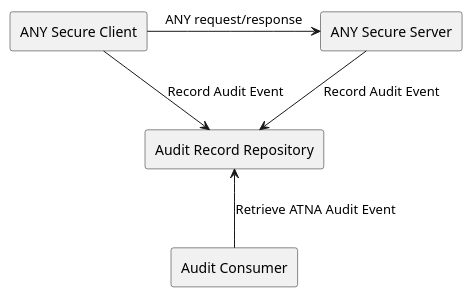
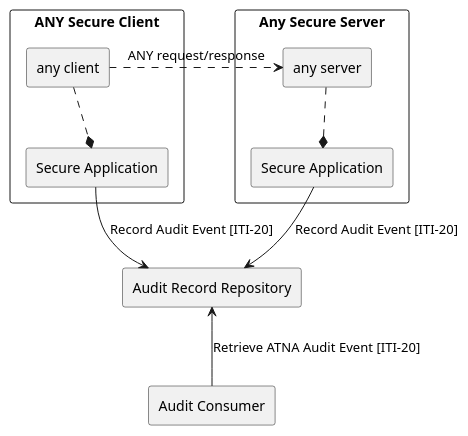
One commit to IHE/ITI.BasicAudit changed the diagram in input/images-source/ActorsAndTransactions.plantuml. Above: the diagram before and after it, drawn with PlantUML. The commit also changed 1 other file, not shown here.

Commit message:
fix actor and ATNA reference

```diff
--- a/input/images-source/ActorsAndTransactions.plantuml
+++ b/input/images-source/ActorsAndTransactions.plantuml
@@ -1,10 +1,20 @@
 @startuml
-agent "ANY Secure Client" as Client
-agent "ANY Secure Server" as Server
+rectangle "ANY Secure Client" {
+  agent "any client" as cRest
+  agent "Secure Application" as cAud
+  cRest -down.* cAud 
+}
+rectangle "Any Secure Server" {
+  agent "Secure Application" as sAud
+  agent "any server" as sRest
+  sRest -down.* sAud
+}
+
 agent "Audit Record Repository" as AuditRepository
 agent "Audit Consumer" as AuditClient
-Client -right-> Server : ANY request/response
-Server -down-> AuditRepository: Record Audit Event
-Client --> AuditRepository: Record Audit Event
-AuditClient -up-> AuditRepository: Retrieve ATNA Audit Event
+
+cRest -right..> sRest : ANY request/response
+sAud -down-> AuditRepository: Record Audit Event [ITI-20]
+cAud --> AuditRepository: Record Audit Event [ITI-20]
+AuditClient -up-> AuditRepository: Retrieve ATNA Audit Event [ITI-20]
 @enduml
```
